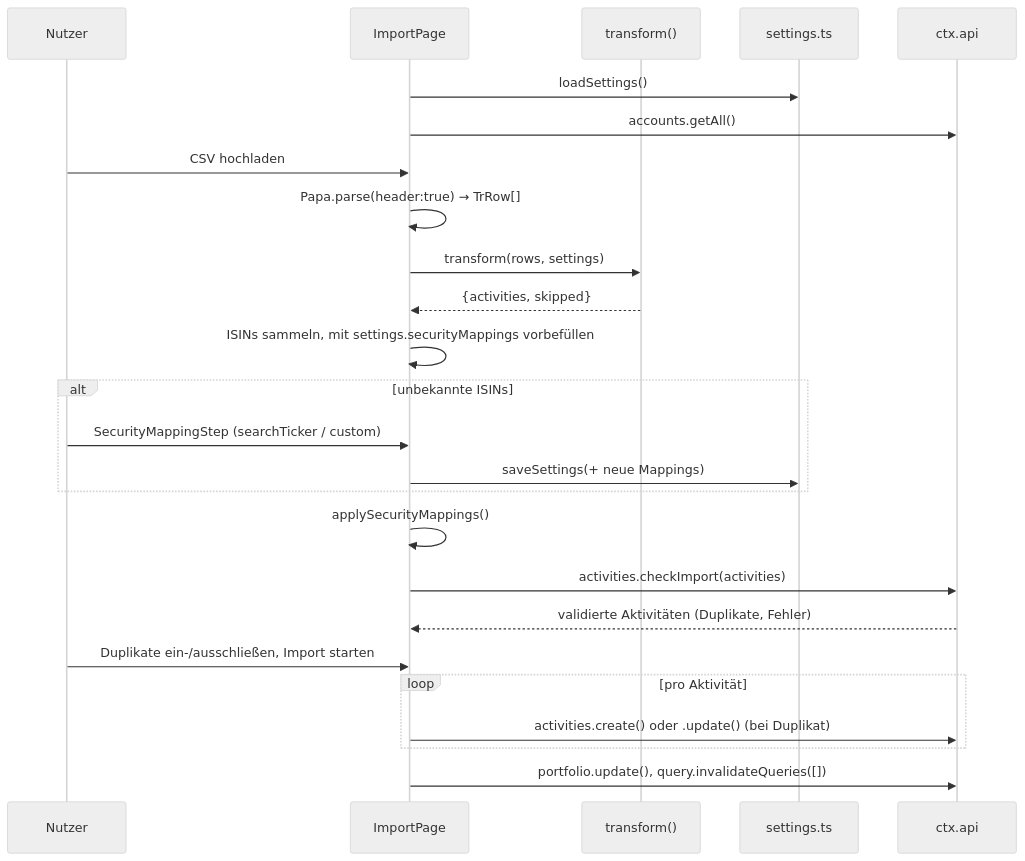
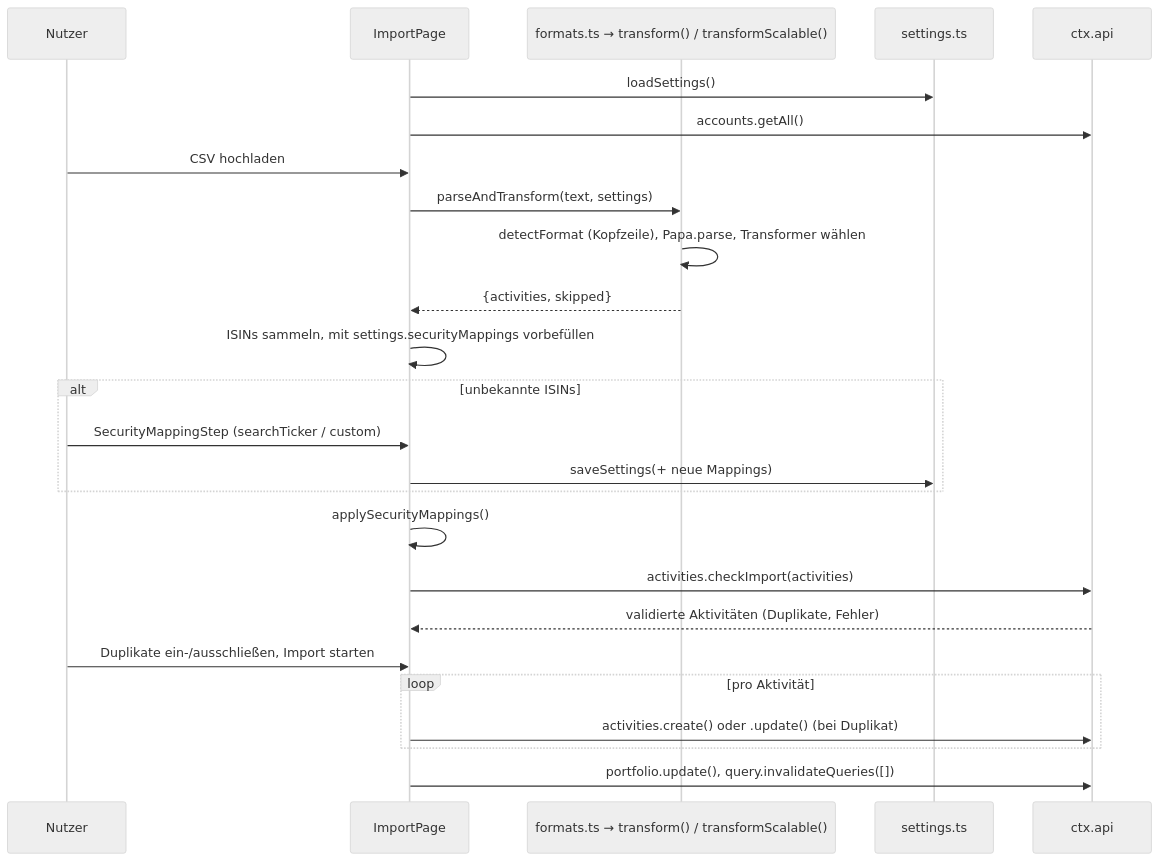
One commit to waldonso2/wealthfolio-importer-addon changed the fifth of 6 diagrams in docs/ARCHITECTURE.md. Above: the diagram before and after it, drawn with Mermaid (neutral theme). The commit also changed other lines of this file and 9 other files, not shown here.

First line of the commit message:
feat: update hint for new GitHub releases + architecture doc update (#7)

````diff
--- a/docs/ARCHITECTURE.md
+++ b/docs/ARCHITECTURE.md
@@ -310,28 +369,28 @@
 ```mermaid
 sequenceDiagram
     participant U as Nutzer
     participant IP as ImportPage
-    participant T as transform()
+    participant T as formats.ts → transform() / transformScalable()
     participant S as settings.ts
     participant API as ctx.api
 
     IP->>S: loadSettings()
     IP->>API: accounts.getAll()
     U->>IP: CSV hochladen
-    IP->>IP: Papa.parse(header:true) → TrRow[]
-    IP->>T: transform(rows, settings)
+    IP->>T: parseAndTransform(text, settings)
+    T->>T: detectFormat (Kopfzeile), Papa.parse, Transformer wählen
     T-->>IP: {activities, skipped}
     IP->>IP: ISINs sammeln, mit settings.securityMappings vorbefüllen
     alt unbekannte ISINs
         U->>IP: SecurityMappingStep (searchTicker / custom)
         IP->>S: saveSettings(+ neue Mappings)
     end
     IP->>IP: applySecurityMappings()
     IP->>API: activities.checkImport(activities)
     API-->>IP: validierte Aktivitäten (Duplikate, Fehler)
     U->>IP: Duplikate ein-/ausschließen, Import starten
     loop pro Aktivität
         IP->>API: activities.create() oder .update() (bei Duplikat)
     end
     IP->>API: portfolio.update(), query.invalidateQueries([])
 ```
````
